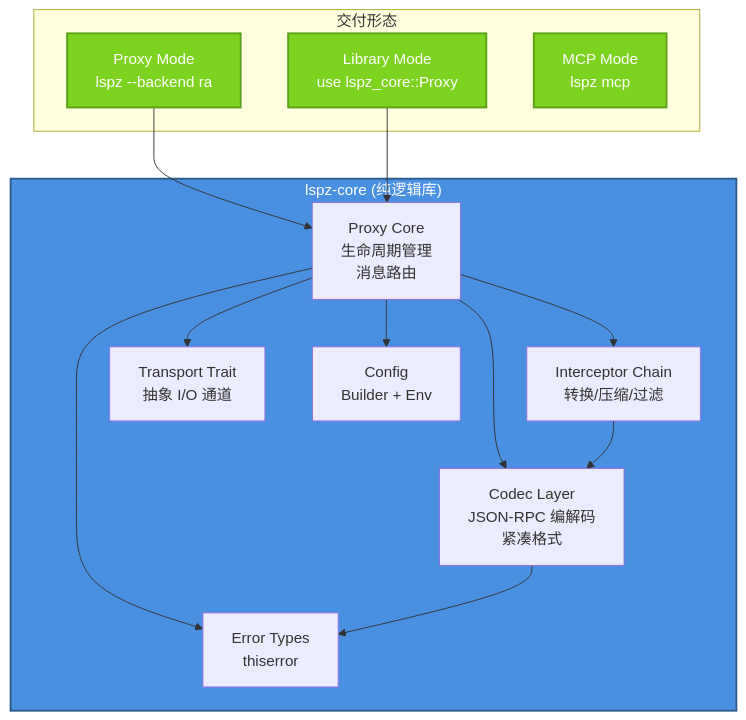
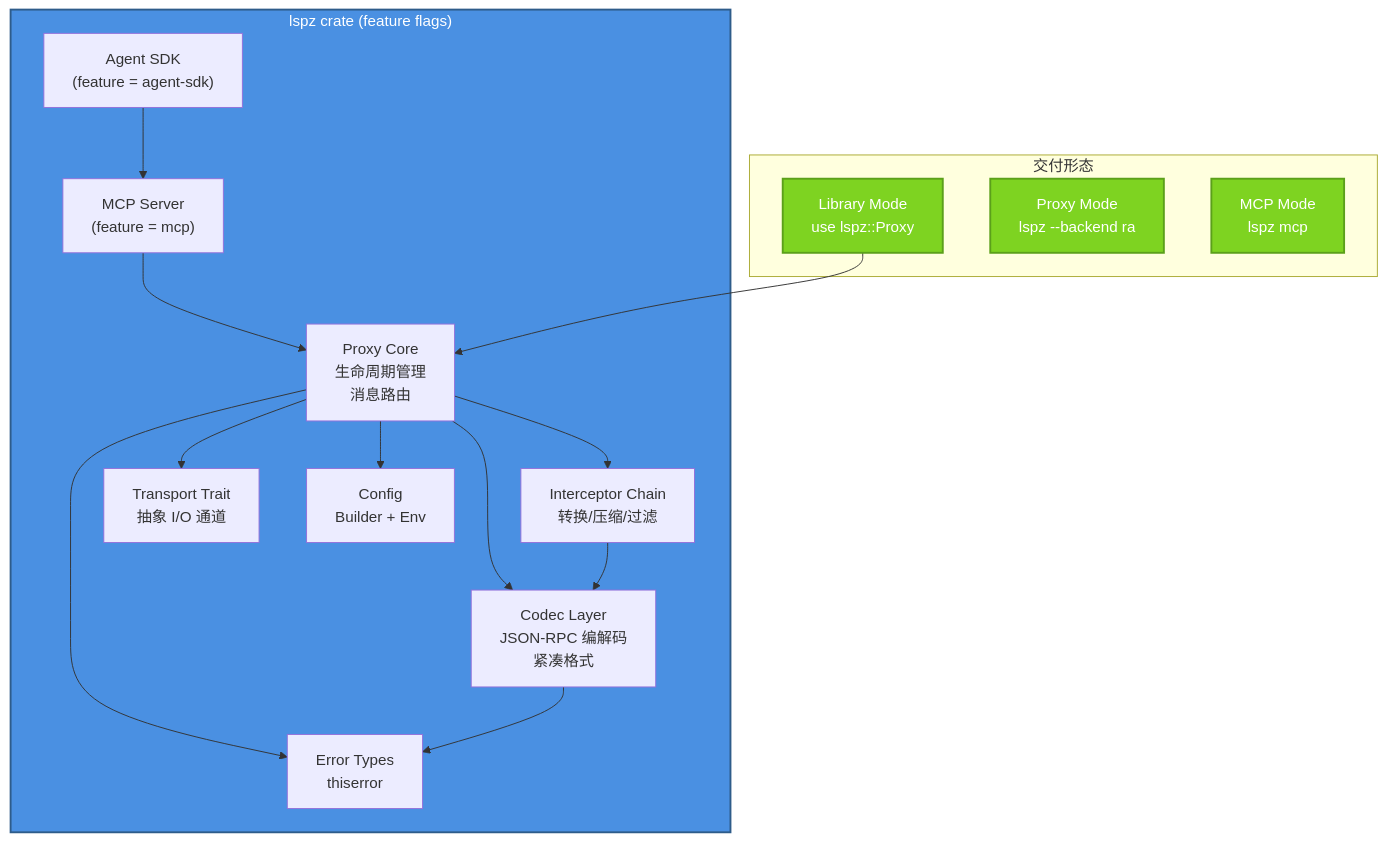
The first of 9 diagrams in docs/specs/001-tri-modal-architecture.md (StrayDragon/lspz), drawn with Mermaid before and after one commit. The commit also changed other lines of this file and 108 other files, not shown here.

````diff
--- a/docs/specs/001-tri-modal-architecture.md
+++ b/docs/specs/001-tri-modal-architecture.md
@@ -15,33 +15,35 @@
 ```mermaid
 graph TB
-    subgraph Core["lspz-core (纯逻辑库)"]
+    subgraph Core["lspz crate (feature flags)"]
         PROXY["Proxy Core<br/>生命周期管理<br/>消息路由"]
         INTERCEPTOR["Interceptor Chain<br/>转换/压缩/过滤"]
         CODEC["Codec Layer<br/>JSON-RPC 编解码<br/>紧凑格式"]
         TRANSPORT["Transport Trait<br/>抽象 I/O 通道"]
+        MCPMOD["MCP Server<br/>(feature = mcp)"]
+        AGENT["Agent SDK<br/>(feature = agent-sdk)"]
         CONFIG["Config<br/>Builder + Env"]
         ERROR["Error Types<br/>thiserror"]
     end
 
     subgraph Delivery["交付形态"]
-        LIB["Library Mode<br/>use lspz_core::Proxy"]
+        LIB["Library Mode<br/>use lspz::Proxy"]
         CLIBIN["Proxy Mode<br/>lspz --backend ra"]
         MCP["MCP Mode<br/>lspz mcp"]
     end
 
     PROXY --> INTERCEPTOR
     PROXY --> CODEC
     PROXY --> TRANSPORT
     PROXY --> CONFIG
     PROXY --> ERROR
     INTERCEPTOR --> CODEC
     CODEC --> ERROR
-
-    CLIBIN --> PROXY
+    MCPMOD --> PROXY
+    AGENT --> MCPMOD
     LIB --> PROXY
 
     classDef core fill:#4A90E2,stroke:#2E5C8A,stroke-width:2px,color:#fff
     classDef delivery fill:#7ED321,stroke:#5BA01A,stroke-width:2px,color:#fff
     class Core core
     class LIB,CLIBIN,MCP delivery
 ```
````
